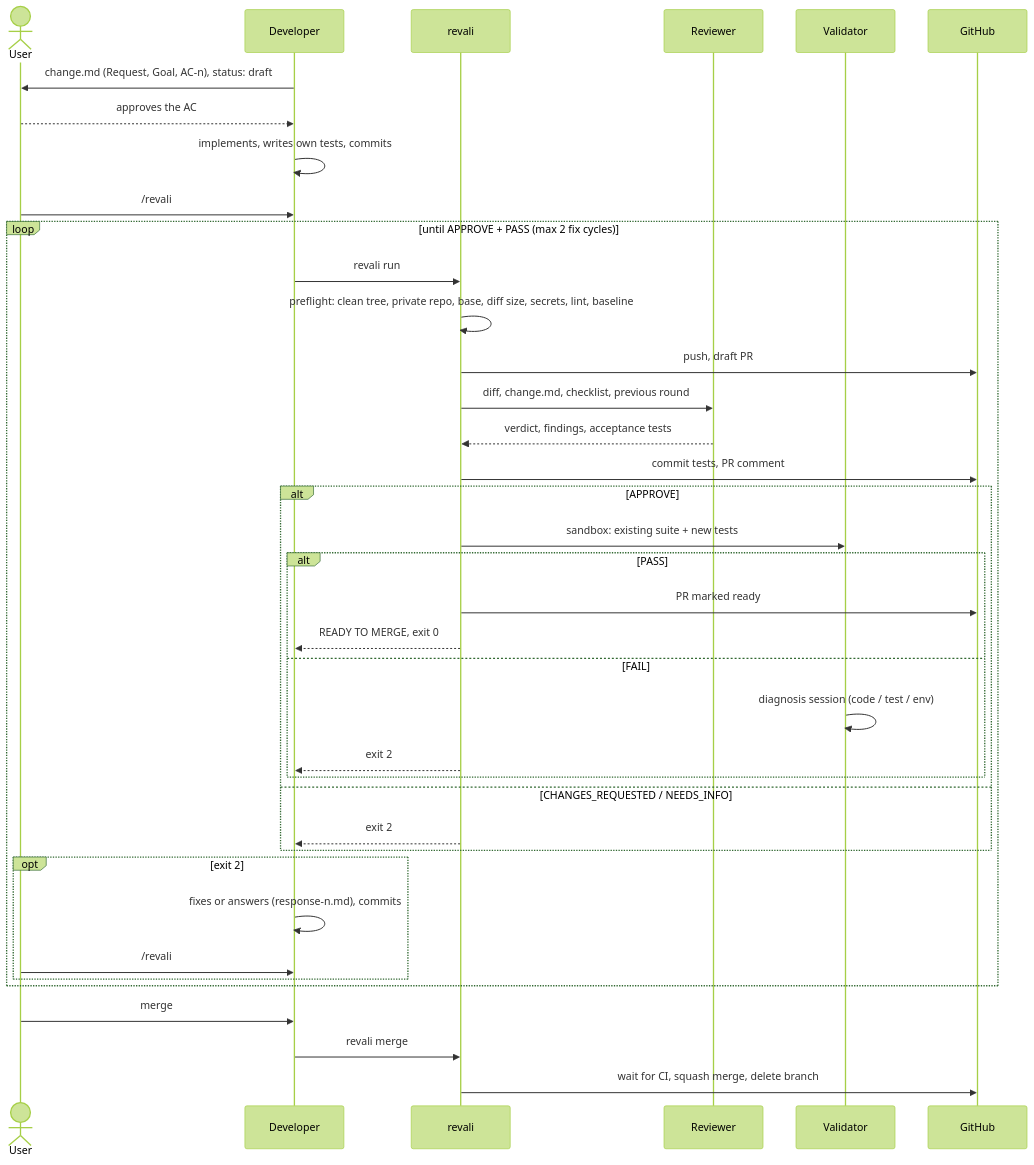
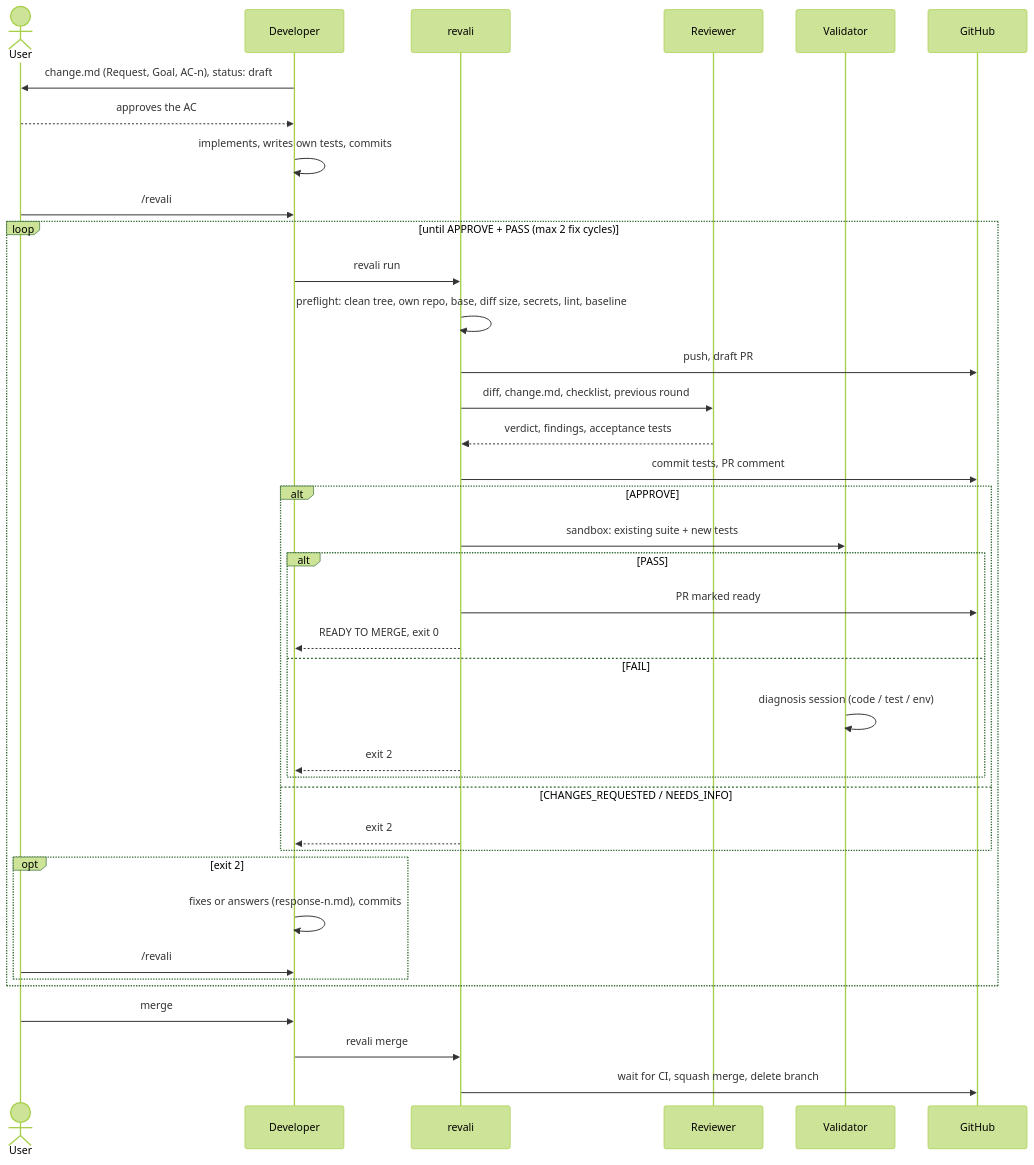
Before and after one commit to ianmhuang/revali: the diagram in README.md, drawn with Mermaid (forest theme). The commit also changed other lines of this file and 9 other files, not shown here.

````diff
--- a/README.md
+++ b/README.md
@@ -16,41 +28,41 @@
 ```mermaid
 sequenceDiagram
     actor U as User
     participant D as Developer
     participant R as revali
     participant B as Reviewer
     participant V as Validator
     participant G as GitHub
 
     D->>U: change.md (Request, Goal, AC-n), status: draft
     U-->>D: approves the AC
     D->>D: implements, writes own tests, commits
     U->>D: /revali
     loop until APPROVE + PASS (max 2 fix cycles)
         D->>R: revali run
-        R->>R: preflight: clean tree, private repo, base, diff size, secrets, lint, baseline
+        R->>R: preflight: clean tree, own repo, base, diff size, secrets, lint, baseline
         R->>G: push, draft PR
         R->>B: diff, change.md, checklist, previous round
         B-->>R: verdict, findings, acceptance tests
         R->>G: commit tests, PR comment
         alt APPROVE
             R->>V: sandbox: existing suite + new tests
             alt PASS
                 R->>G: PR marked ready
                 R-->>D: READY TO MERGE, exit 0
             else FAIL
                 V->>V: diagnosis session (code / test / env)
                 R-->>D: exit 2
             end
         else CHANGES_REQUESTED / NEEDS_INFO
             R-->>D: exit 2
         end
         opt exit 2
             D->>D: fixes or answers (response-n.md), commits
             U->>D: /revali
         end
     end
     U->>D: merge
     D->>R: revali merge
     R->>G: wait for CI, squash merge, delete branch
 ```
````
